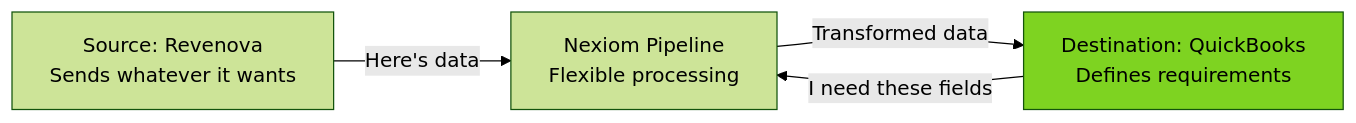
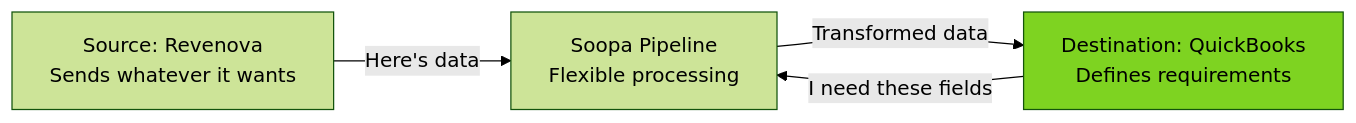
One commit to pramodnarayana/nexiom changed the fifth of 18 diagrams in docs/draft/00_complete_product_understanding.md. Above: the diagram before and after it, drawn with Mermaid (forest theme). The commit also changed other lines of this file and 148 other files, not shown here.

````diff
--- a/docs/draft/00_complete_product_understanding.md
+++ b/docs/draft/00_complete_product_understanding.md
@@ -371,12 +371,12 @@
 ```mermaid
 graph LR
     SOURCE[Source: Revenova<br/>Sends whatever it wants]
-    NEXIOM[Nexiom Pipeline<br/>Flexible processing]
+    NEXIOM[Soopa Pipeline<br/>Flexible processing]
     DEST[Destination: QuickBooks<br/>Defines requirements]
     
     SOURCE -->|"Here's data"| NEXIOM
     DEST -->|"I need these fields"| NEXIOM
     NEXIOM -->|"Transformed data"| DEST
     
     style DEST fill:#7ED321
 ```
````
